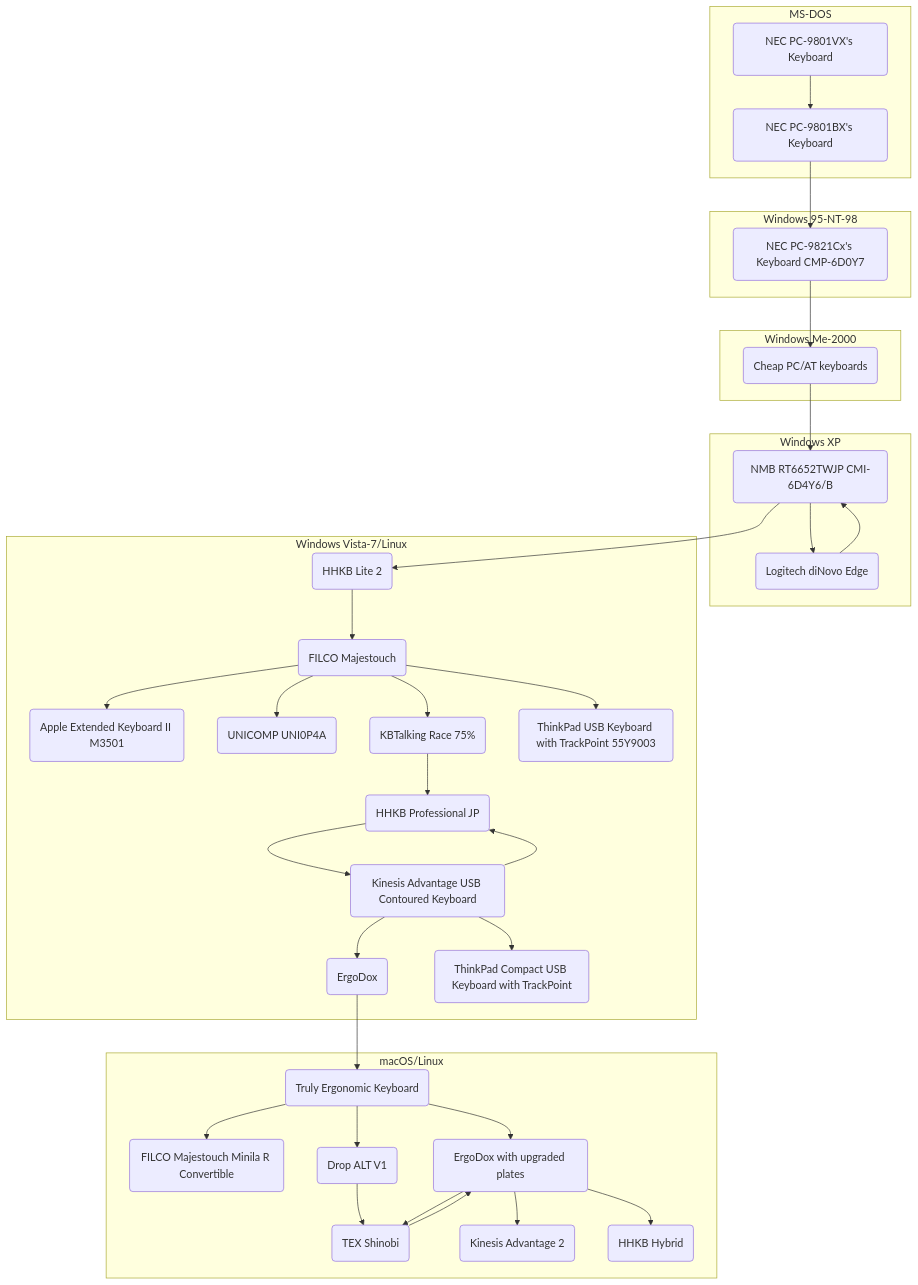
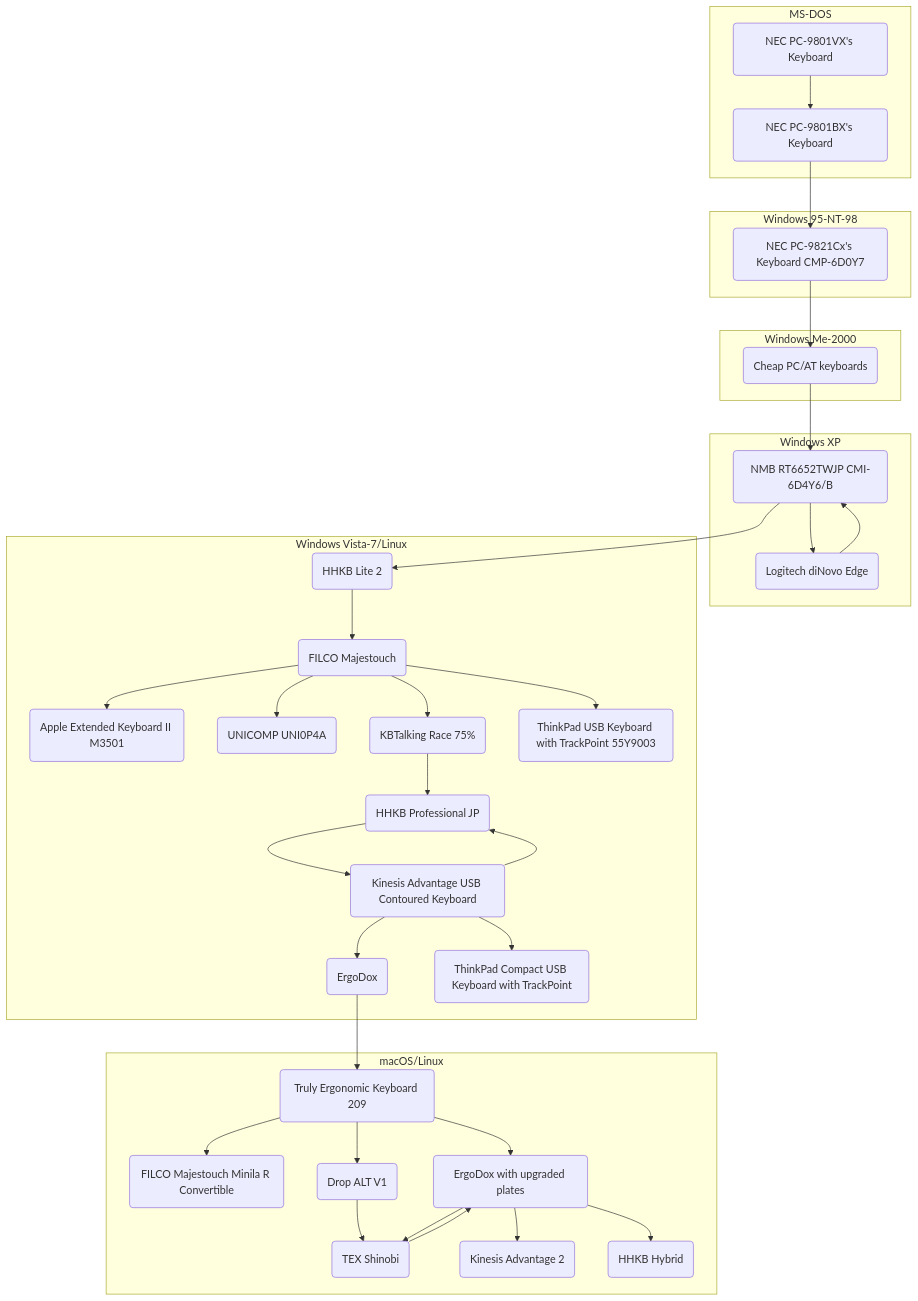
Before and after one commit to sumibi-yakitori/sumibi-yakitori: the diagram in hid.md, drawn with Mermaid.

````diff
--- a/hid.md
+++ b/hid.md
@@ -19,45 +19,45 @@
 ```mermaid
 graph TD;
     subgraph MS-DOS
     pc9801vx(NEC PC-9801VX's Keyboard)-->pc9801bx(NEC PC-9801BX's Keyboard);
     end
 
     subgraph Windows 95-NT-98
     pc9801bx-->pc9821cx13(NEC PC-9821Cx's Keyboard CMP-6D0Y7);
     end
 
     subgraph Windows Me-2000
     pc9821cx13-->pcat1(Cheap PC/AT keyboards);
     end
 
     subgraph Windows XP
     pcat1-->nmb;
     nmb(NMB RT6652TWJP CMI-6D4Y6/B)-->Logitech(Logitech diNovo Edge)-->nmb;
     end
 
     subgraph Windows Vista-7/Linux
     nmb-->hhkb-lite(HHKB Lite 2);
     hhkb-lite-->filco-m(FILCO Majestouch);
     filco-m-->ae-kb(Apple Extended Keyboard II M3501);
     filco-m-->unicomp(UNICOMP UNI0P4A);
     filco-m-->race(KBTalking Race 75%);
     filco-m-->thinkpad1(ThinkPad USB Keyboard with TrackPoint 55Y9003);
     race-->hhkb-pro-jp(HHKB Professional JP);
     hhkb-pro-jp-->kinesis-a(Kinesis Advantage USB Contoured Keyboard);
     kinesis-a-->hhkb-pro-jp;
     kinesis-a-->ergodox1(ErgoDox);
     kinesis-a-->thinkpad2(ThinkPad Compact USB Keyboard with TrackPoint);
     end
 
     subgraph macOS/Linux
-    ergodox1-->teck(Truly Ergonomic Keyboard);
+    ergodox1-->teck(Truly Ergonomic Keyboard 209);
     teck-->filco-minila-r(FILCO Majestouch Minila R Convertible);
     teck-->ergodox2(ErgoDox with upgraded plates);
     teck-->drop-alt(Drop ALT V1);
     drop-alt-->shinobi;
     ergodox2-->shinobi(TEX Shinobi);
     shinobi-->ergodox2
     ergodox2-->kinesis-a2(Kinesis Advantage 2);
     ergodox2-->hhkb-hybrid(HHKB Hybrid);
     end
 ```
````
